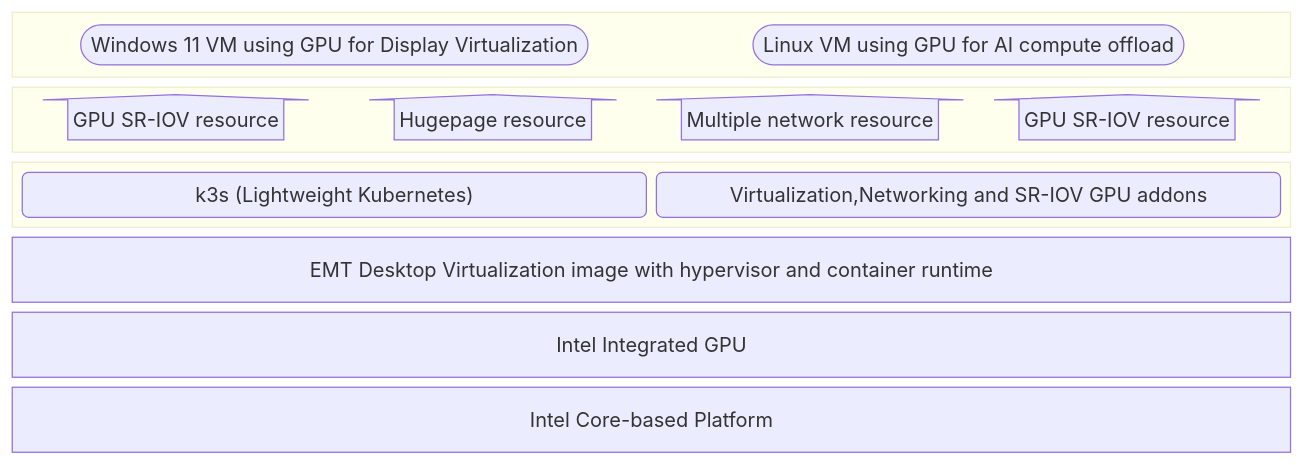
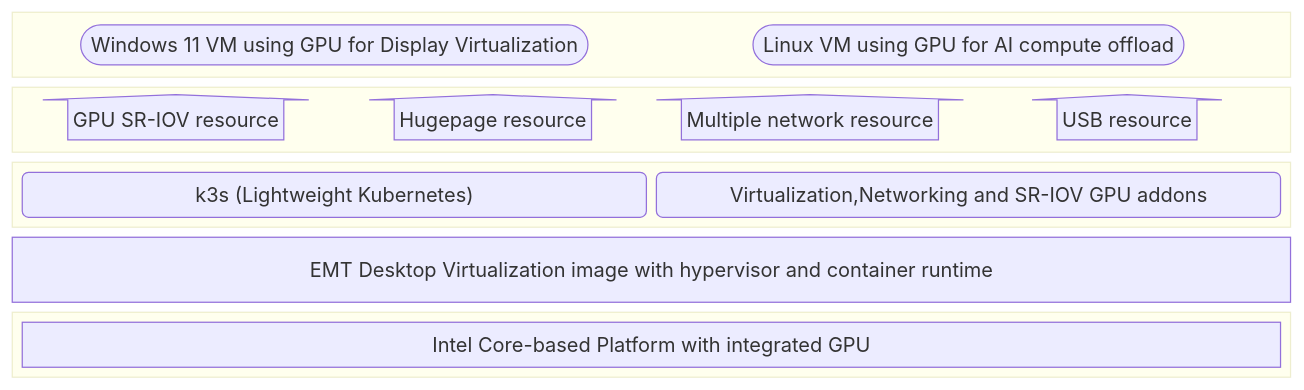
The diagram in standalone-node/docs/user-guide/desktop-virtualization-image-guide.md (open-edge-platform/edge-microvisor-toolkit-standalone-node), drawn with Mermaid before and after one commit.

````diff
--- a/standalone-node/docs/user-guide/desktop-virtualization-image-guide.md
+++ b/standalone-node/docs/user-guide/desktop-virtualization-image-guide.md
@@ -23,21 +23,23 @@
 ```mermaid
 block-beta
   columns 1
     block:APP      
       WinVM(["Windows 11 VM using GPU for Display Virtualization"])      
       LinuxVM(["Linux VM using GPU for AI compute offload"])
     end    
     block:RESOURCES
       blockArrowId1<["GPU SR-IOV resource"]>(up)      
       blockArrowId2<["Hugepage resource"]>(up)
       blockArrowId3<["Multiple network resource"]>(up)
-      blockArrowId4<["GPU SR-IOV resource"]>(up)
+      blockArrowId4<["USB resource"]>(up)
     end
     block:KUBE      
       K3S("k3s (Lightweight Kubernetes)")
       SRIOV("Virtualization,Networking and SR-IOV GPU addons")
     end
     EMT["EMT Desktop Virtualization image with hypervisor and container runtime"]
-    GPU["Intel Integrated GPU"]
-    IntelCore["Intel Core-based Platform"]
+    block:HARDWARE
+      IntelCore["Intel Core-based Platform with integrated GPU"]
+    end
+    
 ```
````
